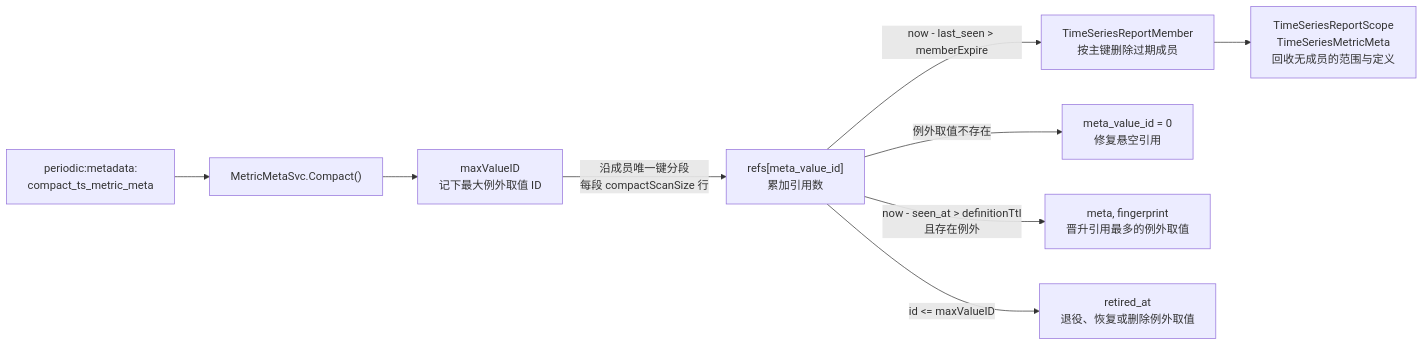
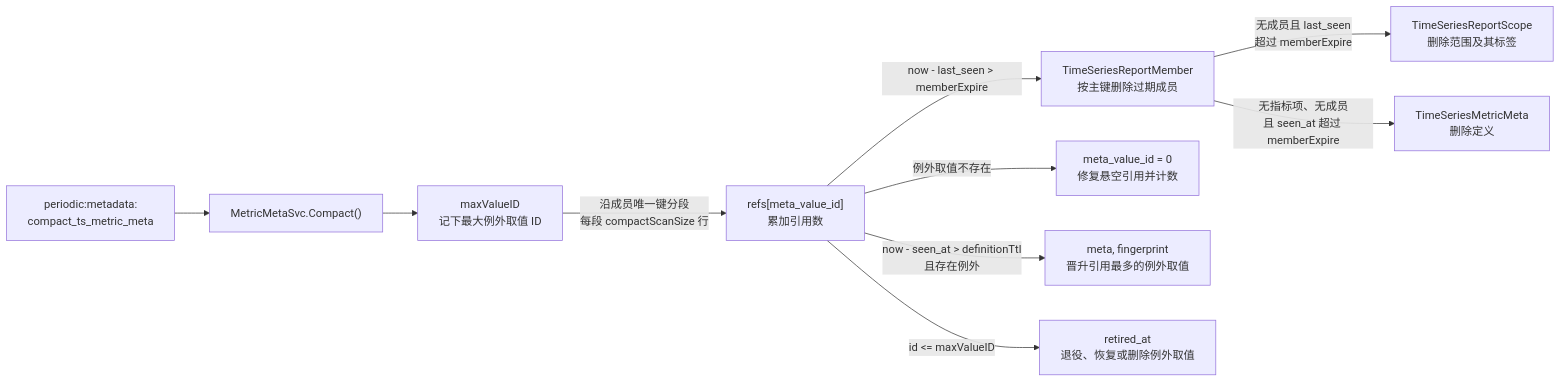
One commit to ZhuoZhuoCrayon/ai-workspace changed diagram 15 of 22 in knowledge/bkmonitor/issues/2026-09-15-custom-metric-metadata/PLAN.md. Above: the diagram before and after it, drawn with Mermaid. The commit also changed other lines of this file and 7 other files, not shown here.

````diff
--- a/knowledge/bkmonitor/issues/2026-09-15-custom-metric-metadata/PLAN.md
+++ b/knowledge/bkmonitor/issues/2026-09-15-custom-metric-metadata/PLAN.md
@@ -1308,11 +982,12 @@
 ```mermaid
 flowchart LR
     Periodic["periodic:metadata:<br/>compact_ts_metric_meta"] --> Compact["MetricMetaSvc.Compact()"]
     Compact --> Mark["maxValueID<br/>记下最大例外取值 ID"]
     Mark -->|"沿成员唯一键分段<br/>每段 compactScanSize 行"| Scan["refs[meta_value_id]<br/>累加引用数"]
     Scan -->|"now - last_seen > memberExpire"| Expire["TimeSeriesReportMember<br/>按主键删除过期成员"]
-    Scan -->|"例外取值不存在"| Repair["meta_value_id = 0<br/>修复悬空引用"]
+    Scan -->|"例外取值不存在"| Repair["meta_value_id = 0<br/>修复悬空引用并计数"]
     Scan -->|"now - seen_at > definitionTtl<br/>且存在例外"| Promote["meta, fingerprint<br/>晋升引用最多的例外取值"]
     Scan -->|"id <= maxValueID"| Sweep["retired_at<br/>退役、恢复或删除例外取值"]
-    Expire --> Orphan["TimeSeriesReportScope<br/>TimeSeriesMetricMeta<br/>回收无成员的范围与定义"]
+    Expire -->|"无成员且 last_seen<br/>超过 memberExpire"| ScopeGC["TimeSeriesReportScope<br/>删除范围及其标签"]
+    Expire -->|"无指标项、无成员<br/>且 seen_at 超过 memberExpire"| MetaGC["TimeSeriesMetricMeta<br/>删除定义"]
 ```
````
